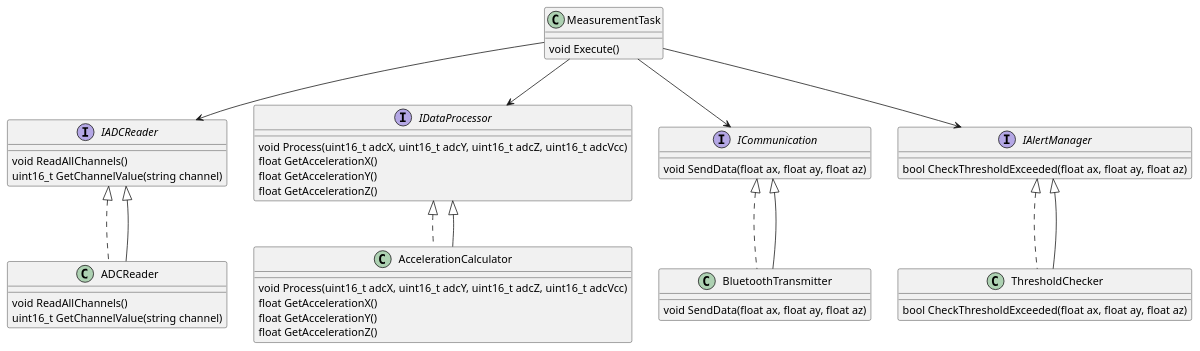
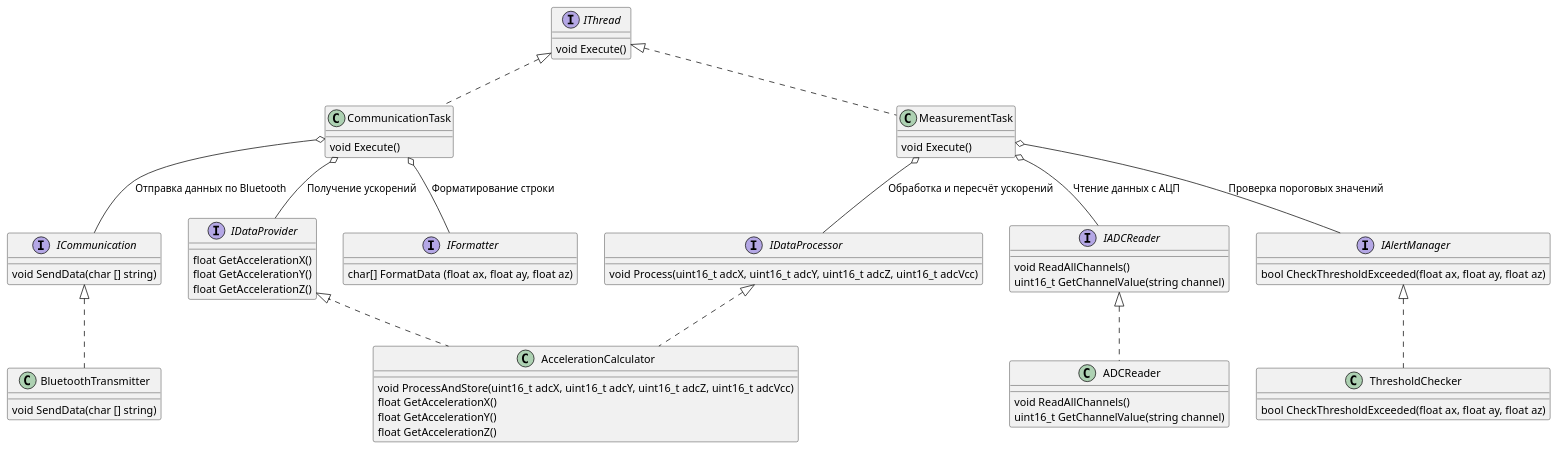
Before and after one commit to Mashalets/Kursovoi: the diagram in Kursovoi.adoc, drawn with PlantUML. The commit also changed other lines of this file and 1 other file, not shown here.

```diff
--- a/Kursovoi.adoc
+++ b/Kursovoi.adoc
@@ -872,6 +801,11 @@
 [plantuml, exti_sequence, svg]
 ----
 @startuml
+
+interface IThread
+{
+  void Execute()
+}
 
 interface IADCReader 
 {
@@ -882,6 +816,10 @@
 interface IDataProcessor
 {
   void Process(uint16_t adcX, uint16_t adcY, uint16_t adcZ, uint16_t adcVcc)
+}
+
+interface IDataProvider
+{
   float GetAccelerationX()
   float GetAccelerationY()
   float GetAccelerationZ()
@@ -889,7 +827,7 @@
 
 interface ICommunication 
 {
-  void SendData(float ax, float ay, float az)
+  void SendData(char [] string)
 }
 
 interface IAlertManager
@@ -903,9 +841,9 @@
   uint16_t GetChannelValue(string channel)
 }
 
-class AccelerationCalculator implements IDataProcessor 
+class AccelerationCalculator implements IDataProcessor, IDataProvider
 {
-  void Process(uint16_t adcX, uint16_t adcY, uint16_t adcZ, uint16_t adcVcc)
+  void ProcessAndStore(uint16_t adcX, uint16_t adcY, uint16_t adcZ, uint16_t adcVcc)
   float GetAccelerationX()
   float GetAccelerationY()
   float GetAccelerationZ()
@@ -913,7 +851,7 @@
 
 class BluetoothTransmitter implements ICommunication 
 {
-  void SendData(float ax, float ay, float az)
+  void SendData(char [] string)
 }
 
 class ThresholdChecker implements IAlertManager 
@@ -921,19 +859,27 @@
   bool CheckThresholdExceeded(float ax, float ay, float az)
 }
 
-class MeasurementTask 
+class MeasurementTask implements IThread
 {
   void Execute()
 }
 
-MeasurementTask --> IADCReader
-MeasurementTask --> IDataProcessor
-MeasurementTask --> IAlertManager
-MeasurementTask --> ICommunication
-IADCReader <|-- ADCReader
-IDataProcessor <|-- AccelerationCalculator
-ICommunication <|-- BluetoothTransmitter
-IAlertManager <|-- ThresholdChecker
+class CommunicationTask implements IThread
+{
+  void Execute()
+}
+
+interface IFormatter
+{
+  char[] FormatData (float ax, float ay, float az)
+}
+
+MeasurementTask o-- IADCReader : "Чтение данных с АЦП"
+MeasurementTask o-- IDataProcessor : "Обработка и пересчёт ускорений"
+MeasurementTask o-- IAlertManager : "Проверка пороговых значений"
+CommunicationTask o-- ICommunication : "Отправка данных по Bluetooth"
+CommunicationTask o-- IFormatter : "Форматирование строки"
+IDataProvider -up-o CommunicationTask : "Получение ускорений"
 
 @enduml
 ----
```
